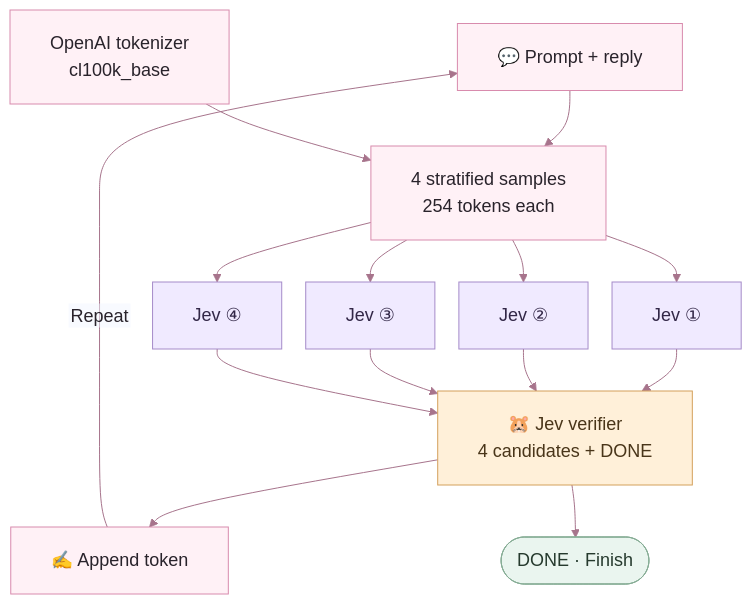
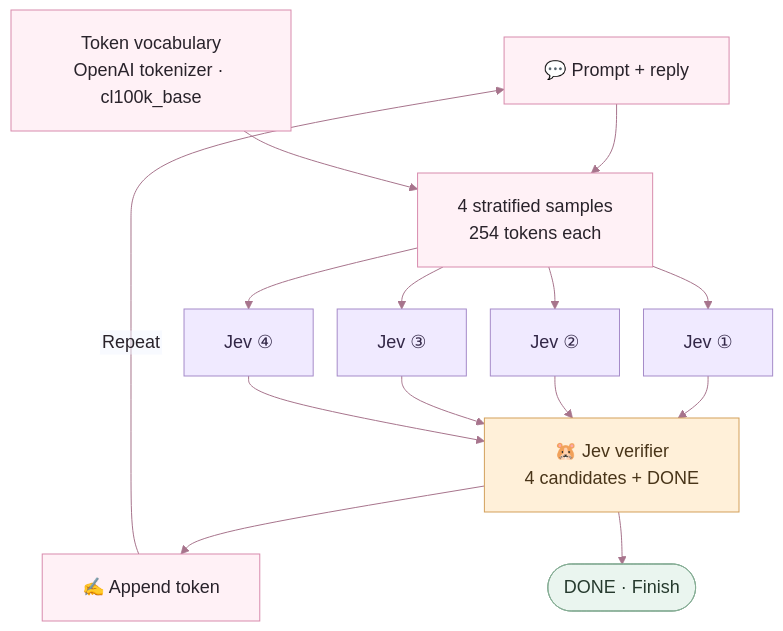
Before and after one commit to giga-james/jevgpt: the diagram in README.md, drawn with Mermaid.

Commit message:
Clarify tokenizer supplies token vocabulary

````diff
--- a/README.md
+++ b/README.md
@@ -37,18 +37,18 @@
 ```mermaid
 %%{init: {"theme": "base", "flowchart": {"nodeSpacing": 24, "rankSpacing": 42, "curve": "basis", "htmlLabels": false, "padding": 20}, "themeVariables": {"primaryColor": "#fff1f6", "primaryTextColor": "#29232b", "primaryBorderColor": "#d88bad", "lineColor": "#a7748c", "fontFamily": "sans-serif", "fontSize": "18px"}}}%%
 flowchart TB
     C["💬 Prompt + reply"]
-    O["OpenAI tokenizer<br/>cl100k_base"]
+    O["Token vocabulary<br/>OpenAI tokenizer · cl100k_base"]
     C & O --> S["4 stratified samples<br/>254 tokens each"]
     S --> A["Jev ①"] & B["Jev ②"] & E["Jev ③"] & F["Jev ④"]
     A & B & E & F --> V["🐹 Jev verifier<br/>4 candidates + DONE"]
     V --> T["✍️ Append token"]
     T -- "Repeat" --> C
     V --> X(["DONE · Finish"])
     classDef draft fill:#f0eaff,stroke:#a58bc9,color:#322747
     classDef verify fill:#fff0d9,stroke:#d3a05b,color:#493519
     classDef done fill:#eaf5ef,stroke:#86ad95,color:#263a2e
     class A,B,E,F draft
     class V verify
     class X done
 ```
````
